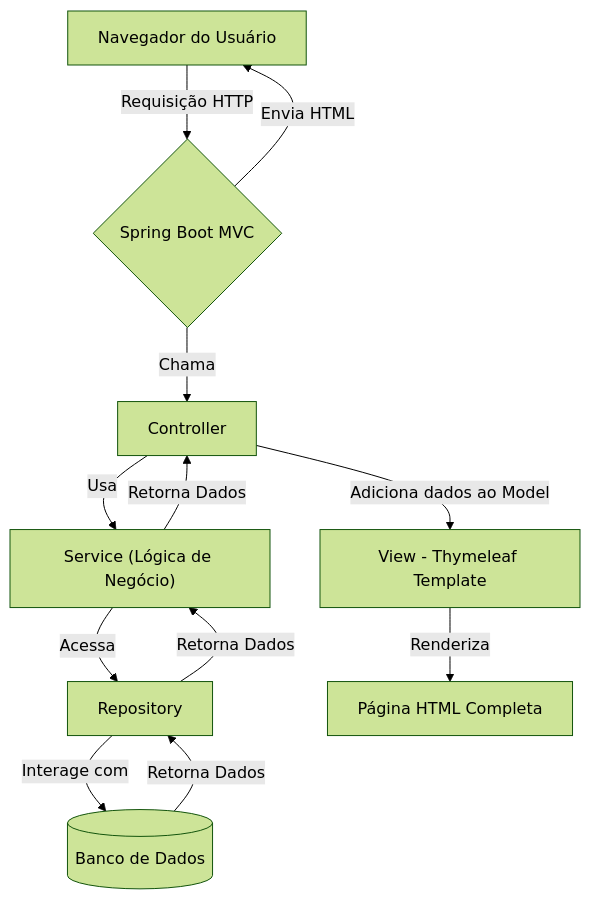
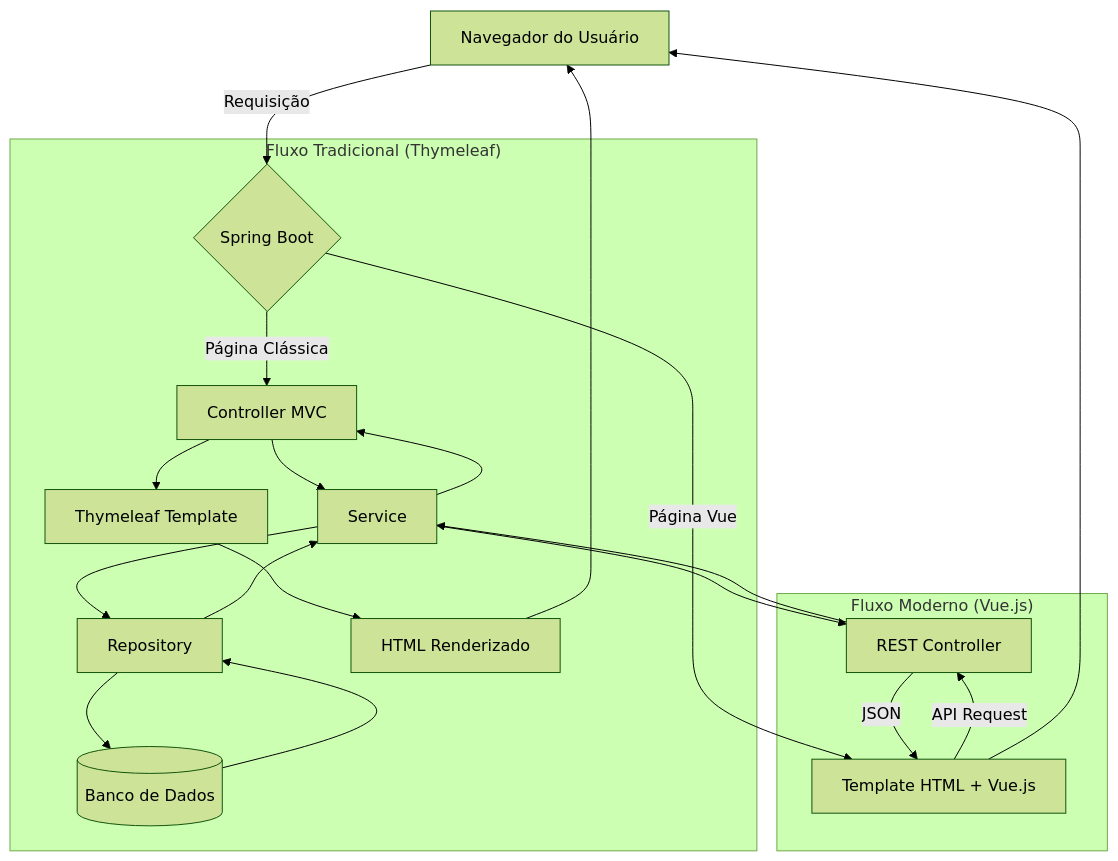
Before and after one commit to bmatox/petdoc-app: the diagram in Readme.md, drawn with Mermaid (forest theme). The commit also changed other lines of this file and 5 other files, not shown here.

````diff
--- a/Readme.md
+++ b/Readme.md
@@ -20,14 +31,27 @@
 ```mermaid
 graph TD
-    A["Navegador do Usuário"] -- Requisição HTTP --> B{"Spring Boot MVC"};
-    B -- Chama --> C["Controller"];
-    C -- Usa --> D["Service (Lógica de Negócio)"];
-    D -- Acessa --> E["Repository"];
-    E -- Interage com --> F[("Banco de Dados")];
-    F -- Retorna Dados --> E;
-    E -- Retorna Dados --> D;
-    D -- Retorna Dados --> C;
-    C -- Adiciona dados ao Model --> G["View - Thymeleaf Template"];
-    G -- Renderiza --> H["Página HTML Completa"];
-    B -- Envia HTML --> A;
+    A["Navegador do Usuário"] -- Requisição --> B{"Spring Boot"};
+    
+    subgraph "Fluxo Tradicional (Thymeleaf)"
+    B -- Página Clássica --> C[Controller MVC];
+    C --> D[Service];
+    D --> E[Repository];
+    E --> F[(Banco de Dados)];
+    F --> E;
+    E --> D;
+    D --> C;
+    C --> G[Thymeleaf Template];
+    G --> H[HTML Renderizado];
+    end
+    
+    subgraph "Fluxo Moderno (Vue.js)"
+    B -- Página Vue --> I[Template HTML + Vue.js];
+    I -- API Request --> J[REST Controller];
+    J --> D;
+    D --> J;
+    J -- JSON --> I;
+    end
+    
+    H --> A;
+    I --> A;
 ```
````
